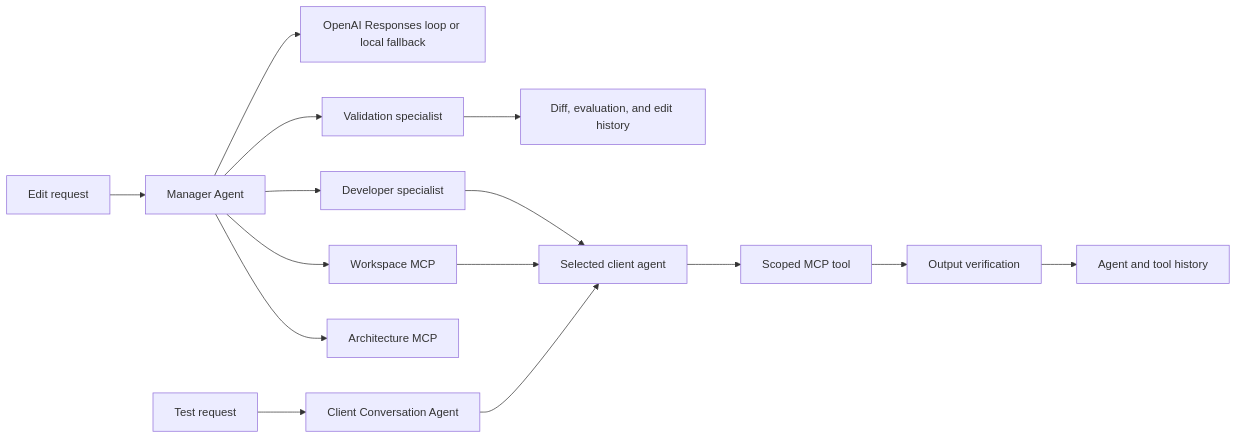
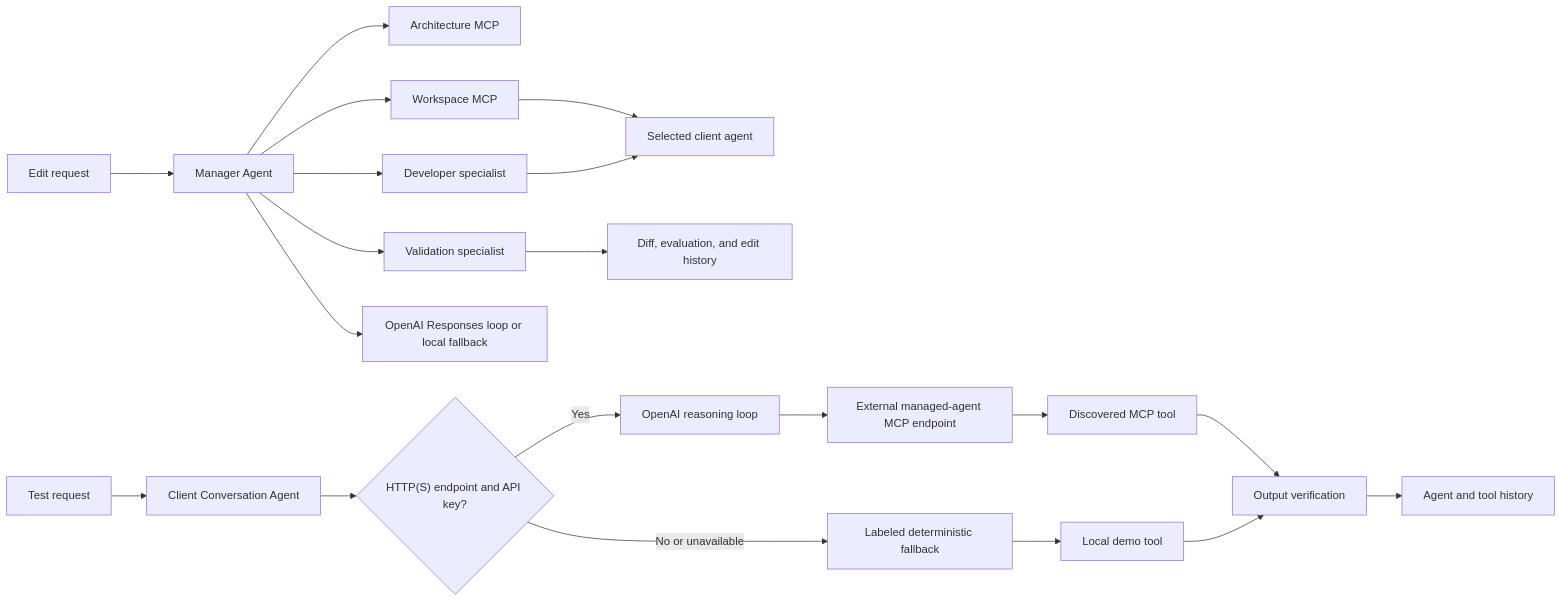
One commit to akashsenthilkumar06/AgentManager changed the diagram in README.md. Above: the diagram before and after it, drawn with Mermaid. The commit also changed other lines of this file and 23 other files, not shown here.

````diff
--- a/README.md
+++ b/README.md
@@ -32,17 +36,22 @@
 ```mermaid
 flowchart LR
     U["Edit request"] --> AM["Manager Agent"]
     AM --> AS["Architecture MCP"]
     AM --> WS["Workspace MCP"]
     AM --> DS["Developer specialist"]
     AM --> VS["Validation specialist"]
     WS --> MA["Selected client agent"]
     DS --> MA
     VS --> EH["Diff, evaluation, and edit history"]
     U2["Test request"] --> C["Client Conversation Agent"]
-    C --> MA
-    MA --> T["Scoped MCP tool"]
+    C --> LM{"HTTP(S) endpoint and API key?"}
+    LM -->|Yes| OAI2["OpenAI reasoning loop"]
+    OAI2 --> RMCP["External managed-agent MCP endpoint"]
+    RMCP --> T["Discovered MCP tool"]
+    LM -->|No or unavailable| DF["Labeled deterministic fallback"]
+    DF --> T2["Local demo tool"]
     T --> OV["Output verification"]
+    T2 --> OV
     OV --> TH["Agent and tool history"]
     AM --> OAI["OpenAI Responses loop or local fallback"]
 ```
````
